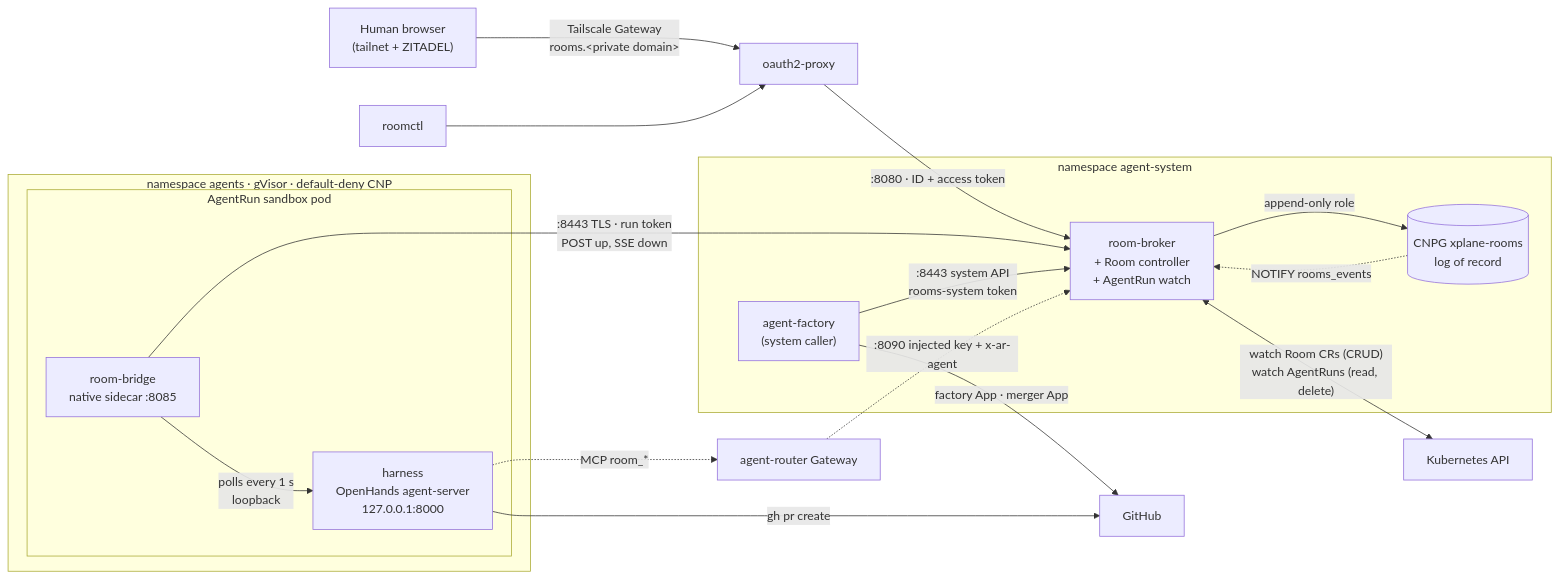
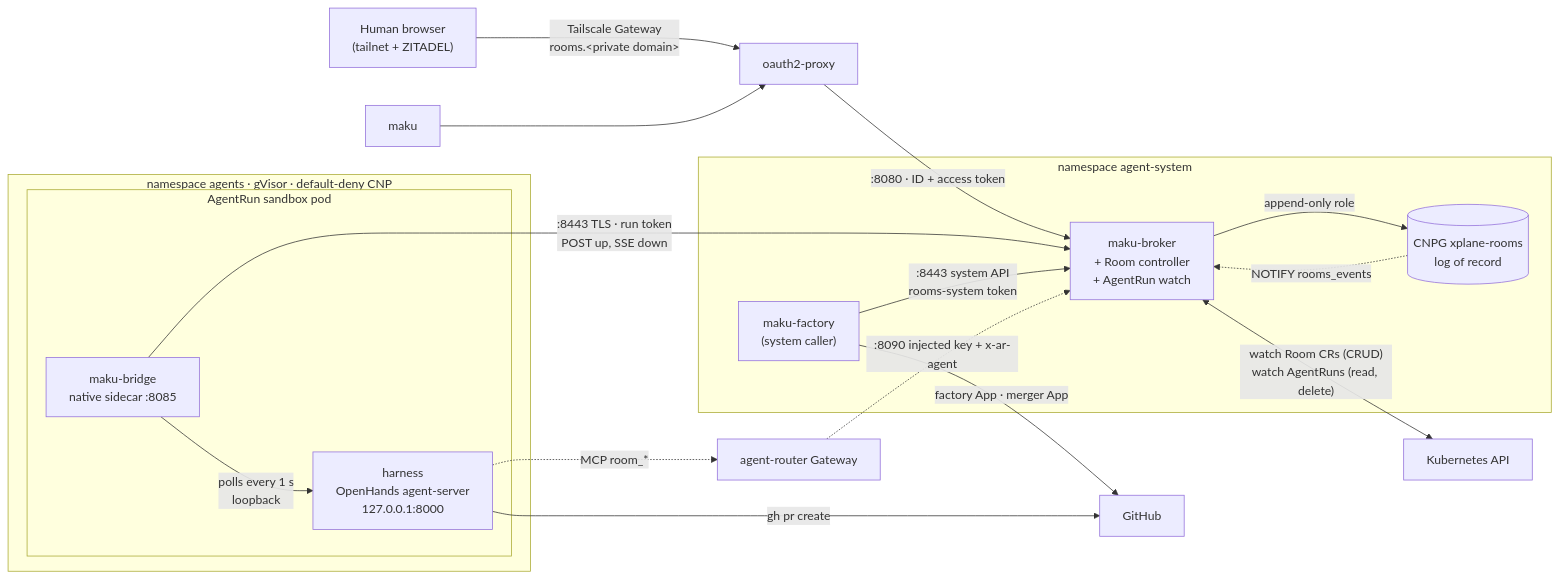
One commit to Smana/agent-platform changed the first of 3 diagrams in docs/architecture.md. Above: the diagram before and after it, drawn with Mermaid. The commit also changed other lines of this file and 26 other files, not shown here.

````diff
--- a/docs/architecture.md
+++ b/docs/architecture.md
@@ -31,31 +31,31 @@
 ```mermaid
 flowchart LR
   human["Human browser<br/>(tailnet + ZITADEL)"] -->|"Tailscale Gateway<br/>rooms.&lt;private domain&gt;"| proxy["oauth2-proxy"]
-  cli["roomctl"] --> proxy
+  cli["maku"] --> proxy
   proxy -->|":8080 · ID + access token"| broker
   gh["GitHub"]
 
   subgraph agents["namespace agents · gVisor · default-deny CNP"]
     subgraph pod["AgentRun sandbox pod"]
       harness["harness<br/>OpenHands agent-server<br/>127.0.0.1:8000"]
-      bridge["room-bridge<br/>native sidecar :8085"]
+      bridge["maku-bridge<br/>native sidecar :8085"]
       bridge -->|"polls every 1 s<br/>loopback"| harness
     end
   end
   bridge -->|":8443 TLS · run token<br/>POST up, SSE down"| broker
   harness -->|"gh pr create"| gh
 
   subgraph sys["namespace agent-system"]
-    factory["agent-factory<br/>(system caller)"]
-    broker["room-broker<br/>+ Room controller<br/>+ AgentRun watch"]
+    factory["maku-factory<br/>(system caller)"]
+    broker["maku-broker<br/>+ Room controller<br/>+ AgentRun watch"]
     pg[("CNPG xplane-rooms<br/>log of record")]
   end
   factory -->|":8443 system API<br/>rooms-system token"| broker
   factory -->|"factory App · merger App"| gh
   harness -.->|"MCP room_*"| router["agent-router Gateway"]
   router -.->|":8090 injected key + x-ar-agent"| broker
 
   broker -->|"append-only role"| pg
   pg -.->|"NOTIFY rooms_events"| broker
   broker <-->|"watch Room CRs (CRUD)<br/>watch AgentRuns (read, delete)"| kube["Kubernetes API"]
 ```
````
